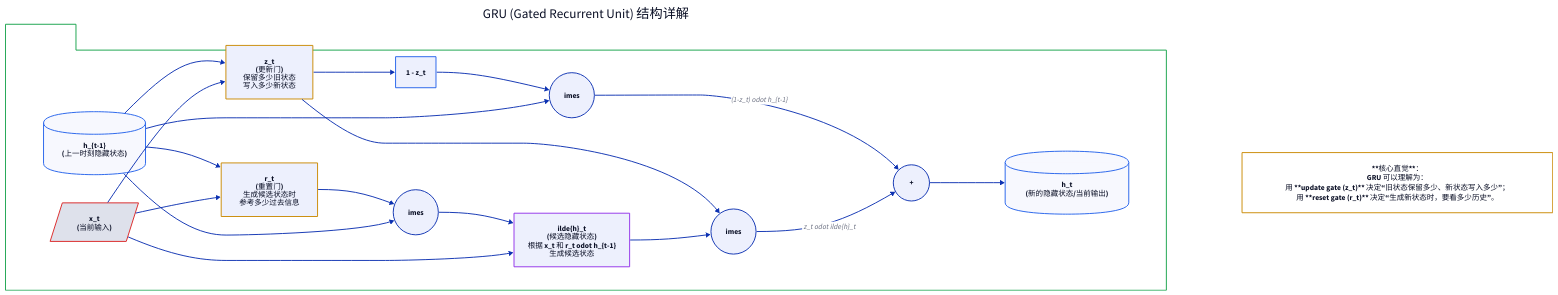
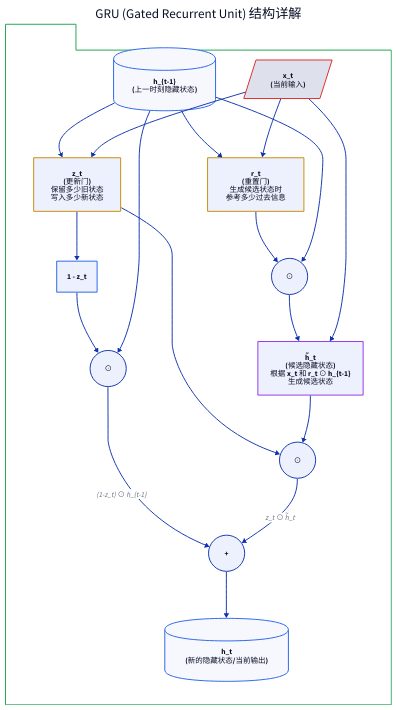
Before and after one commit to 111qqz/111qqz.github.io: the diagram in images/rnn-lstm-gru-architecture/gru-detail.d2, drawn with D2. The commit also changed 26 other files, not shown here.

Commit message:
feat(deep-learning): 拆分 RNN/LSTM/GRU 配图为单模型图，移除图内结论并修正 D2 转义 111qqz/hugo-blog@a8aae4bb575153dae33d317ca8edb4483931933e

```diff
--- a/images/rnn-lstm-gru-architecture/gru-detail.d2
+++ b/images/rnn-lstm-gru-architecture/gru-detail.d2
@@ -1,63 +1,50 @@
-direction: right
+direction: down
 
 gru: GRU (Gated Recurrent Unit) 结构详解 {
   shape: package
   style: {
     stroke: "#16a34a"
     stroke-width: 2
     fill: transparent
   }
 
   h_prev: "h_{t-1}\n(上一时刻隐藏状态)" { shape: cylinder; style.stroke: "#2563eb" }
   x: "x_t\n(当前输入)" { shape: parallelogram; style.stroke: "#dc2626" }
 
   z: "z_t\n(更新门)\n保留多少旧状态\n写入多少新状态" { shape: rectangle; style.stroke: "#ca8a04" }
   r: "r_t\n(重置门)\n生成候选状态时\n参考多少过去信息" { shape: rectangle; style.stroke: "#ca8a04" }
   
-  mul_r: "\times" { shape: circle }
-  h_tilde: "\tilde{h}_t\n(候选隐藏状态)\n根据 x_t 和 r_t \odot h_{t-1}\n生成候选状态" { shape: rectangle; style.stroke: "#9333ea" }
+  mul_r: "⊙" { shape: circle }
+  h_tilde: "h̃_t\n(候选隐藏状态)\n根据 x_t 和 r_t ⊙ h_{t-1}\n生成候选状态" { shape: rectangle; style.stroke: "#9333ea" }
   
   one_minus_z: "1 - z_t" { shape: rectangle; style.stroke: "#2563eb" }
   
-  mul_old: "\times" { shape: circle }
-  mul_new: "\times" { shape: circle }
+  mul_old: "⊙" { shape: circle }
+  mul_new: "⊙" { shape: circle }
   add_h: "+" { shape: circle }
 
   h_curr: "h_t\n(新的隐藏状态/当前输出)" { shape: cylinder; style.stroke: "#2563eb" }
 
   h_prev -> z
   x -> z
   h_prev -> r
   x -> r
   
   r -> mul_r
   h_prev -> mul_r
   
   mul_r -> h_tilde
   x -> h_tilde
   
   z -> one_minus_z
   one_minus_z -> mul_old
   h_prev -> mul_old
   
   z -> mul_new
   h_tilde -> mul_new
   
-  mul_old -> add_h: "(1-z_t) \odot h_{t-1}"
-  mul_new -> add_h: "z_t \odot \tilde{h}_t"
+  mul_old -> add_h: "(1-z_t) ⊙ h_{t-1}"
+  mul_new -> add_h: "z_t ⊙ h̃_t"
   
   add_h -> h_curr
 }
-
-note: |md
-  **核心直觉**：
-  GRU 可以理解为：
-  用 **update gate (z_t)** 决定“旧状态保留多少、新状态写入多少”；
-  用 **reset gate (r_t)** 决定“生成新状态时，要看多少历史”。
-| {
-  shape: rectangle
-  style.fill: transparent
-  style.stroke: "#ca8a04"
-}
-
-gru -> note { style.stroke: transparent }
```
